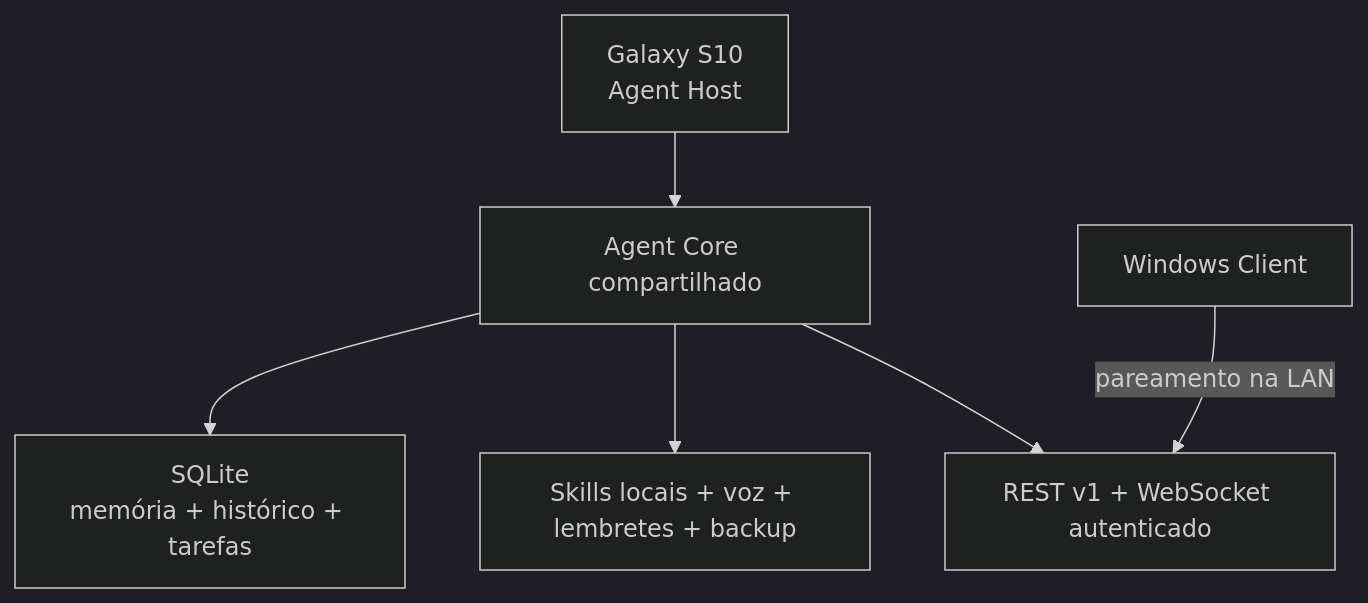
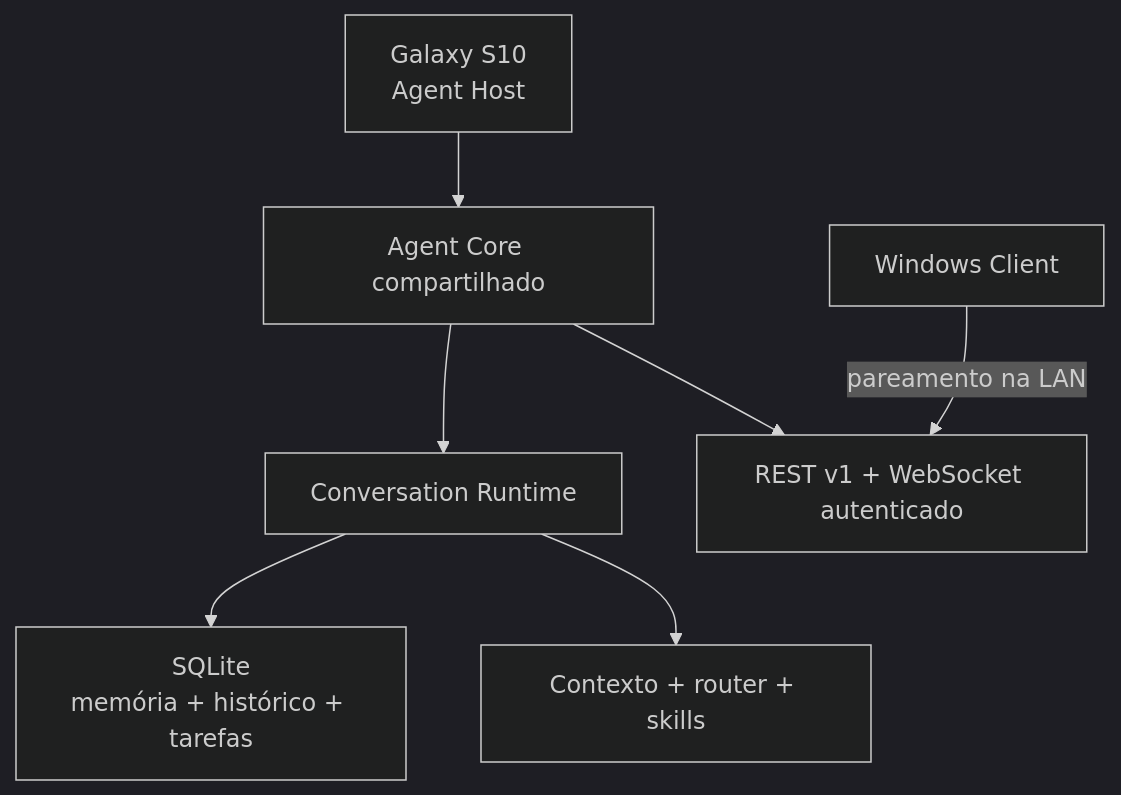
The diagram in README.md (plynexa/agente-v0-chatgpt), drawn with Mermaid (dark theme) before and after one commit. The commit also changed other lines of this file and 91 other files, not shown here.

````diff
--- a/README.md
+++ b/README.md
@@ -35,8 +35,9 @@
 ```mermaid
 flowchart TD
     S10["Galaxy S10\nAgent Host"] --> CORE["Agent Core compartilhado"]
-    CORE --> DB["SQLite\nmemória + histórico + tarefas"]
-    CORE --> LOCAL["Skills locais + voz + lembretes + backup"]
+    CORE --> RT["Conversation Runtime"]
+    RT --> DB["SQLite\nmemória + histórico + tarefas"]
+    RT --> LOCAL["Contexto + router + skills"]
     CORE --> API["REST v1 + WebSocket autenticado"]
     WIN["Windows Client"] -->|"pareamento na LAN"| API
 ```
````
